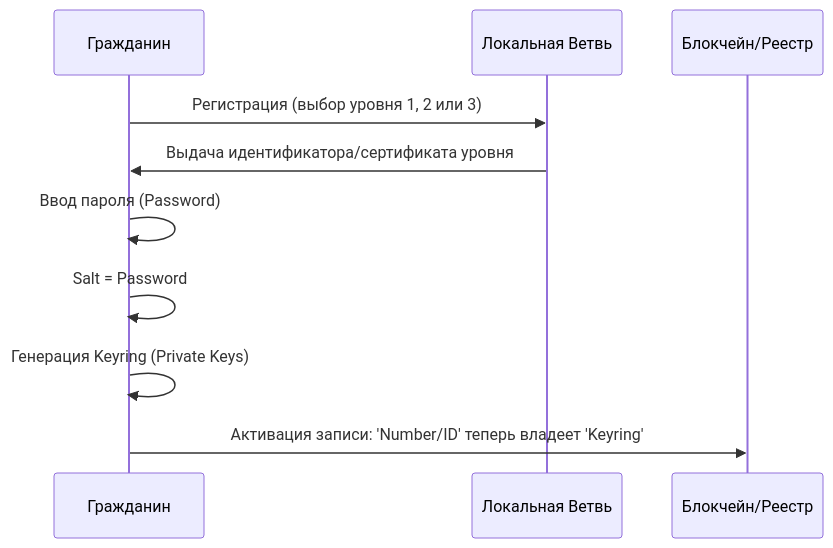
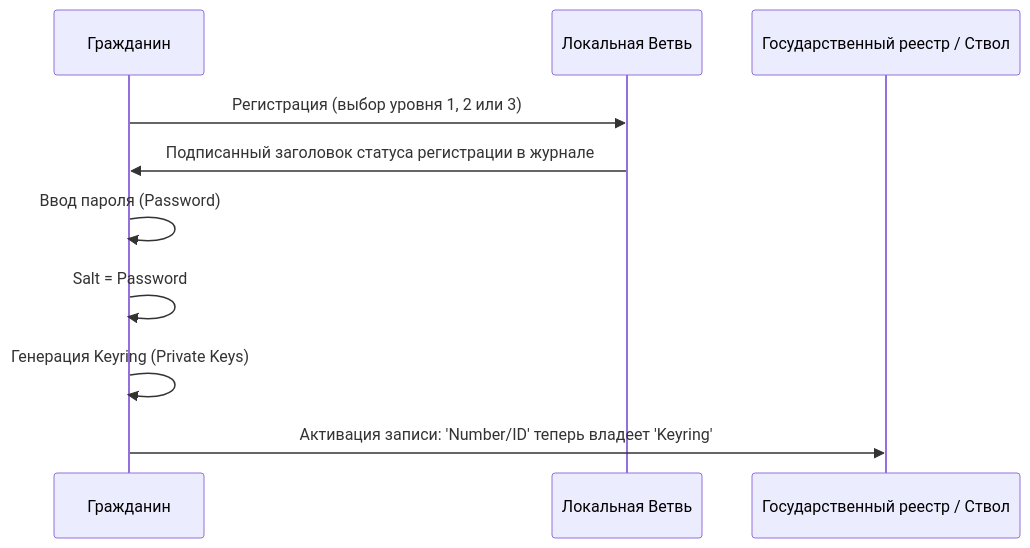
One commit to Data-Independence-Network/presentations changed the eighth of 53 diagrams in shared_docs/Технический документ платформы Турбаза.md. Above: the diagram before and after it, drawn with Mermaid. The commit also changed other lines of this file and 28 other files, not shown here.

````diff
--- a/shared_docs/Технический документ платформы Турбаза.md
+++ b/shared_docs/Технический документ платформы Турбаза.md
@@ -205,13 +211,13 @@
 ```mermaid
 sequenceDiagram
     participant User as Гражданин
     participant Branch as Локальная Ветвь
-    participant Chain as Блокчейн/Реестр
+    participant Chain as Государственный реестр / Ствол
     
     User->>Branch: Регистрация (выбор уровня 1, 2 или 3)
-    Branch->>User: Выдача идентификатора/сертификата уровня
+    Branch->>User: Подписанный заголовок статуса регистрации в журнале
     User->>User: Ввод пароля (Password)
     User->>User: Salt = Password
     User->>User: Генерация Keyring (Private Keys)
     User->>Chain: Активация записи: 'Number/ID' теперь владеет 'Keyring'
 ```
````
